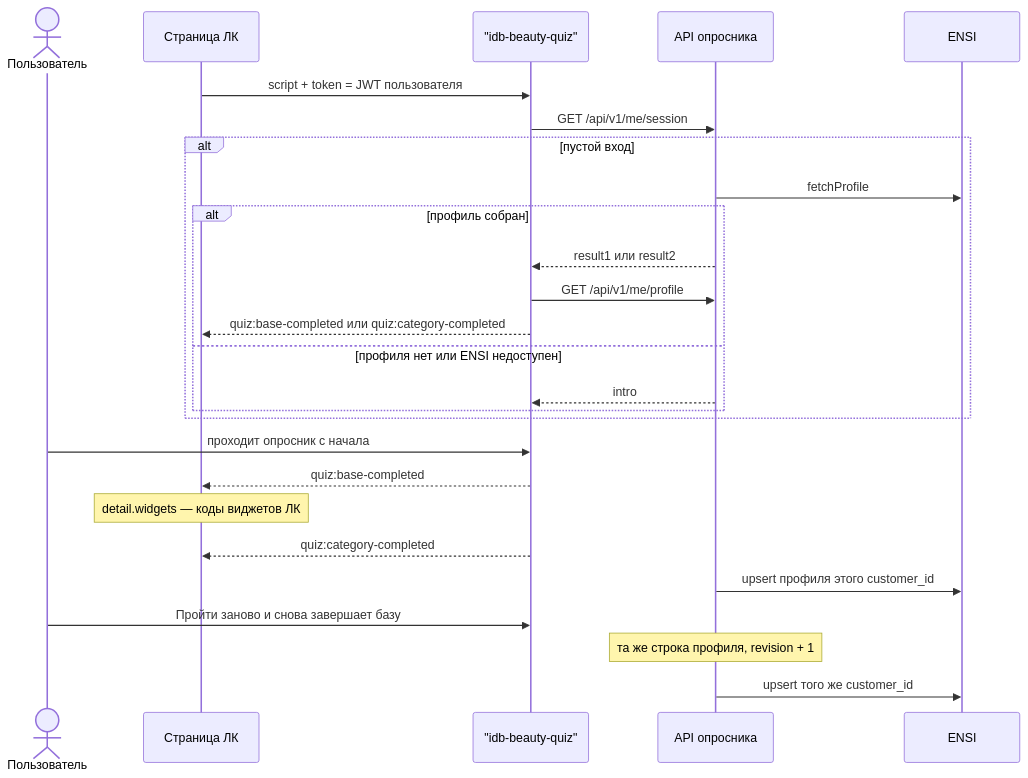
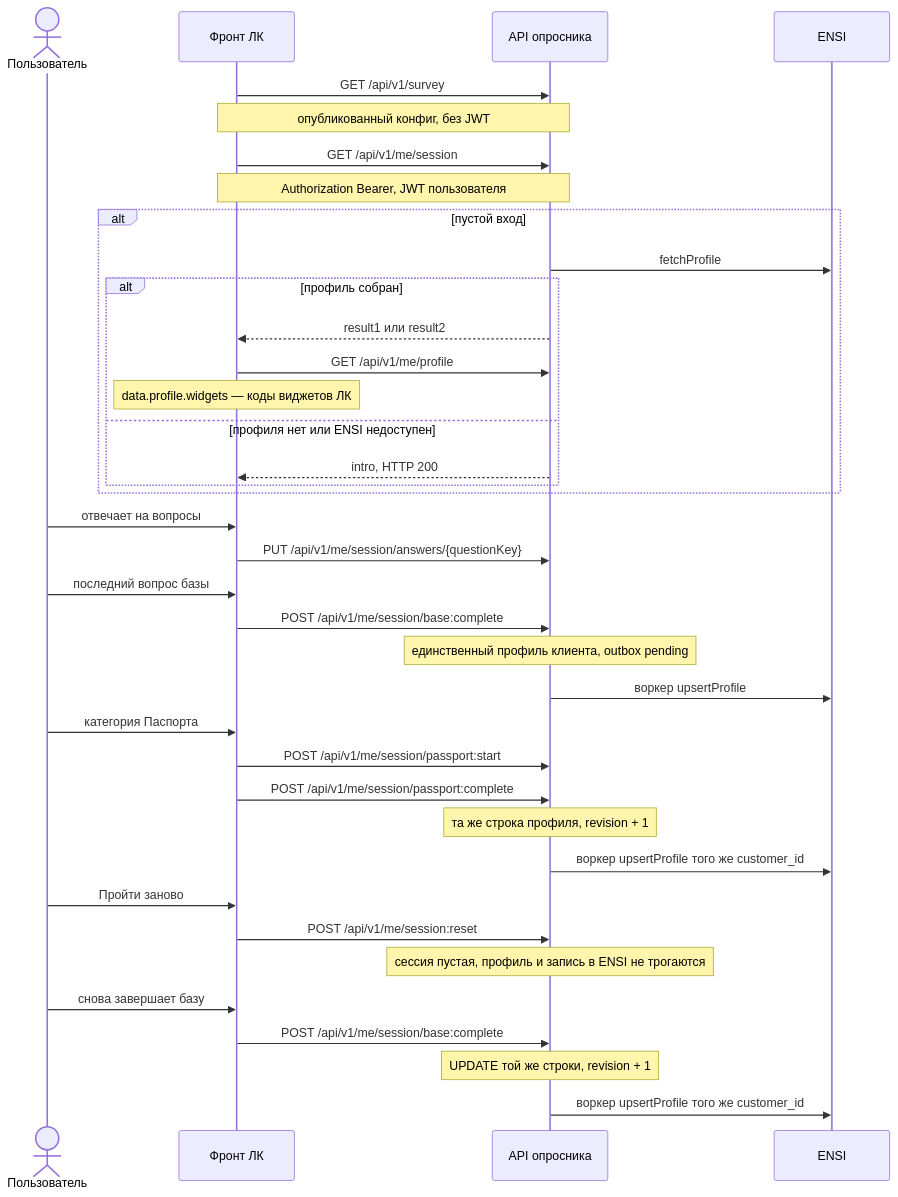
Before and after one commit to pomazkoff/idb-beauty-passport: the diagram in docs/INTEGRATION.md, drawn with Mermaid. The commit also changed other lines of this file and 19 other files, not shown here.

````diff
--- a/docs/INTEGRATION.md
+++ b/docs/INTEGRATION.md
@@ -16,29 +22,40 @@
 ```mermaid
 sequenceDiagram
   actor User as Пользователь
-  participant LK as Страница ЛК
-  participant W as "idb-beauty-quiz"
+  participant LK as Фронт ЛК
   participant API as API опросника
   participant ENSI as ENSI
 
-  LK->>W: script + token = JWT пользователя
-  W->>API: GET /api/v1/me/session
+  LK->>API: GET /api/v1/survey
+  Note over LK,API: опубликованный конфиг, без JWT
+  LK->>API: GET /api/v1/me/session
+  Note over LK,API: Authorization Bearer, JWT пользователя
   alt пустой вход
     API->>ENSI: fetchProfile
     alt профиль собран
-      API-->>W: result1 или result2
-      W->>API: GET /api/v1/me/profile
-      W-->>LK: quiz:base-completed или quiz:category-completed
+      API-->>LK: result1 или result2
+      LK->>API: GET /api/v1/me/profile
+      Note over LK: data.profile.widgets — коды виджетов ЛК
     else профиля нет или ENSI недоступен
-      API-->>W: intro
+      API-->>LK: intro, HTTP 200
     end
   end
-  User->>W: проходит опросник с начала
-  W-->>LK: quiz:base-completed
-  Note over LK: detail.widgets — коды виджетов ЛК
-  W-->>LK: quiz:category-completed
-  API->>ENSI: upsert профиля этого customer_id
-  User->>W: Пройти заново и снова завершает базу
+  User->>LK: отвечает на вопросы
+  LK->>API: PUT /api/v1/me/session/answers/{questionKey}
+  User->>LK: последний вопрос базы
+  LK->>API: POST /api/v1/me/session/base:complete
+  Note over API: единственный профиль клиента, outbox pending
+  API->>ENSI: воркер upsertProfile
+  User->>LK: категория Паспорта
+  LK->>API: POST /api/v1/me/session/passport:start
+  LK->>API: POST /api/v1/me/session/passport:complete
   Note over API: та же строка профиля, revision + 1
-  API->>ENSI: upsert того же customer_id
+  API->>ENSI: воркер upsertProfile того же customer_id
+  User->>LK: Пройти заново
+  LK->>API: POST /api/v1/me/session:reset
+  Note over API: сессия пустая, профиль и запись в ENSI не трогаются
+  User->>LK: снова завершает базу
+  LK->>API: POST /api/v1/me/session/base:complete
+  Note over API: UPDATE той же строки, revision + 1
+  API->>ENSI: воркер upsertProfile того же customer_id
 ```
````
